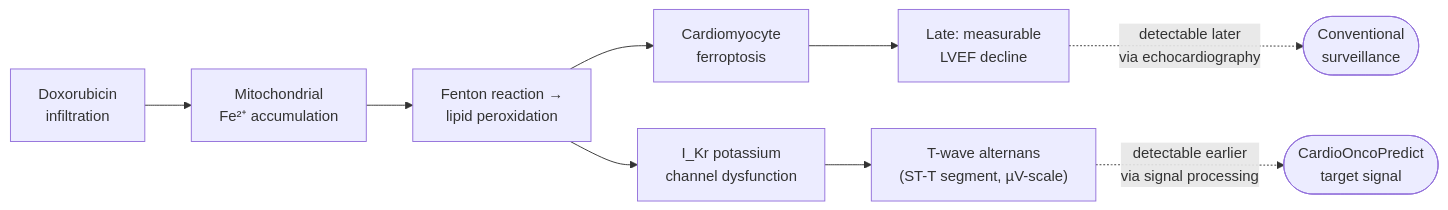
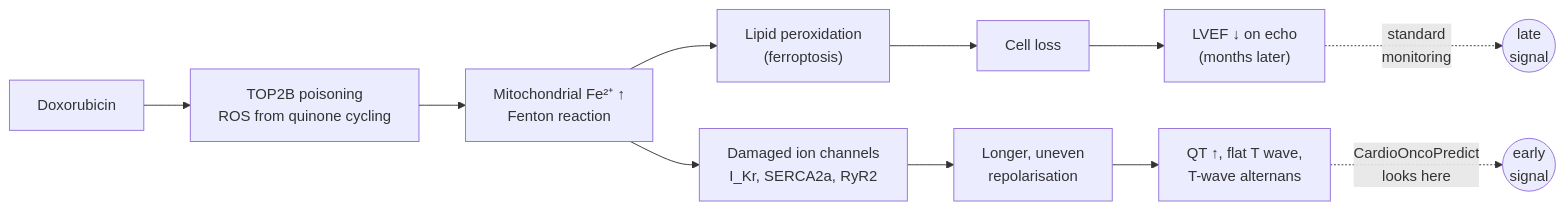
One commit to podpirovlab/multimodal-cardiotoxicity-ai changed the first of 2 diagrams in README.md. Above: the diagram before and after it, drawn with Mermaid. The commit also changed other lines of this file and 47 other files, not shown here.

````diff
--- a/README.md
+++ b/README.md
@@ -77,11 +90,13 @@
 ```mermaid
 flowchart LR
-    A["Doxorubicin\ninfiltration"] --> B["Mitochondrial\nFe²⁺ accumulation"]
-    B --> C["Fenton reaction →\nlipid peroxidation"]
-    C --> D["Cardiomyocyte\nferroptosis"]
-    C --> E["I_Kr potassium\nchannel dysfunction"]
-    E --> F["T-wave alternans\n(ST-T segment, µV-scale)"]
-    D --> G["Late: measurable\nLVEF decline"]
-    F -.->|"detectable earlier\nvia signal processing"| H(["CardioOncoPredict\ntarget signal"])
-    G -.->|"detectable later\nvia echocardiography"| I(["Conventional\nsurveillance"])
+    A["Doxorubicin"] --> B["TOP2B poisoning<br/>ROS from quinone cycling"]
+    B --> C["Mitochondrial Fe²⁺ ↑<br/>Fenton reaction"]
+    C --> D["Lipid peroxidation<br/>(ferroptosis)"]
+    C --> E["Damaged ion channels<br/>I_Kr, SERCA2a, RyR2"]
+    E --> F["Longer, uneven<br/>repolarisation"]
+    F --> G["QT ↑, flat T wave,<br/>T-wave alternans"]
+    D --> H["Cell loss"]
+    H --> I["LVEF ↓ on echo<br/>(months later)"]
+    G -.->|"CardioOncoPredict<br/>looks here"| J(("early<br/>signal"))
+    I -.->|"standard<br/>monitoring"| K(("late<br/>signal"))
 ```
````
